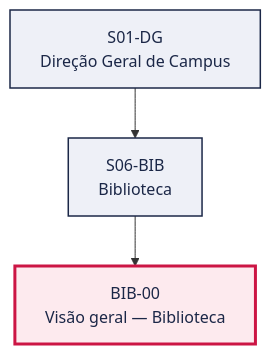
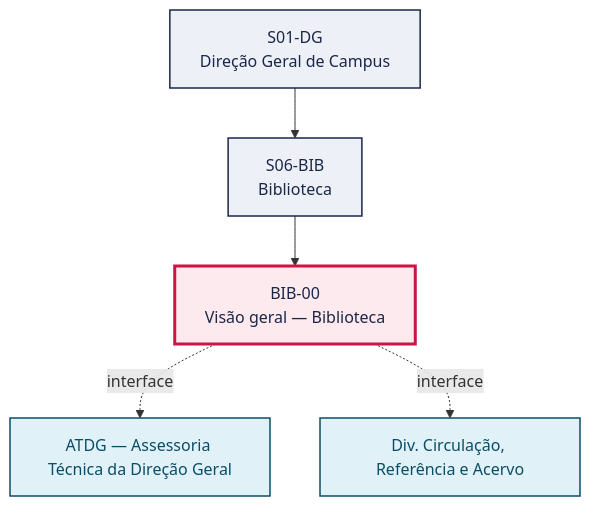
One commit to jessefers/canvas-vivo-atdg changed the first of 2 diagrams in pops/BIB/BIB-00.md. Above: the diagram before and after it, drawn with Mermaid. The commit also changed other lines of this file and 9 other files, not shown here.

````diff
--- a/pops/BIB/BIB-00.md
+++ b/pops/BIB/BIB-00.md
@@ -49,13 +49,18 @@
 ```mermaid
 graph TD
   S01_DG["S01-DG<br/>Direção Geral de Campus"]
   S06_BIB["S06-BIB<br/>Biblioteca"]
   S01_DG --> S06_BIB
   P["BIB-00<br/>Visão geral — Biblioteca"]
   S06_BIB --> P
+  V1["ATDG — Assessoria Técnica da Direção Geral"]
+  P -. interface .-> V1
+  V2["Div. Circulação, Referência e Acervo"]
+  P -. interface .-> V2
   classDef setor fill:#EEF0F7,stroke:#1B2747,stroke-width:1.5px,color:#1B2747
   classDef destaque fill:#FDEAEE,stroke:#CC1544,stroke-width:3px,color:#1B2747
   classDef vizinho fill:#E0F2F8,stroke:#0B4D66,stroke-width:1.5px,color:#0B4D66
   class S01_DG,S06_BIB setor
   class P destaque
+  class V1,V2 vizinho
 ```
````
